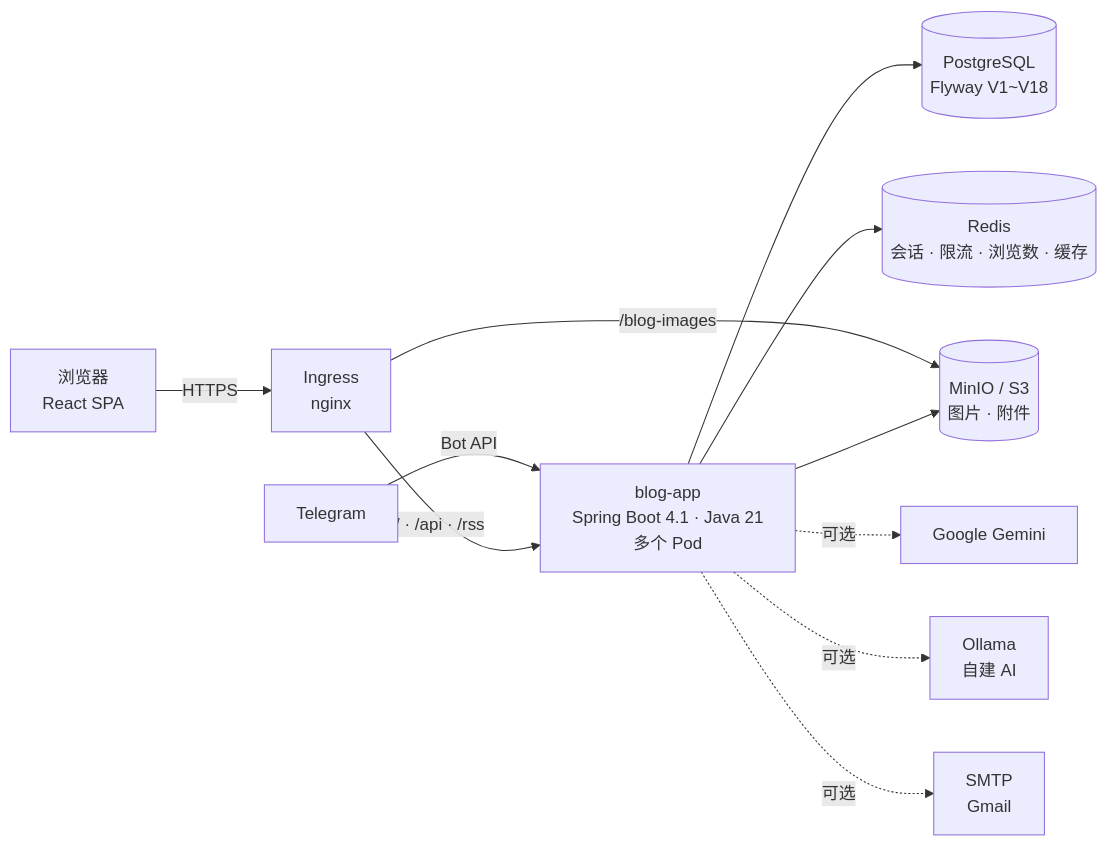
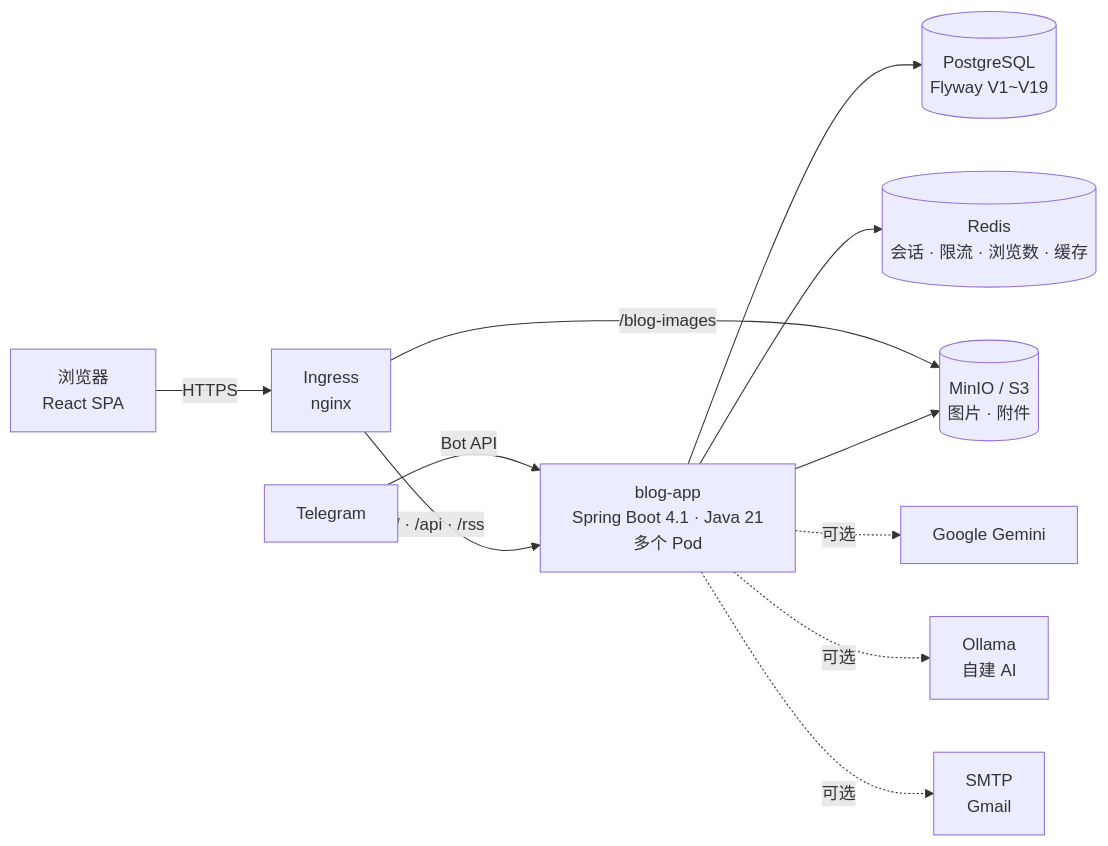
One commit to AIGJ-01-002-blog/Devlog changed the first of 3 diagrams in README.zh.md. Above: the diagram before and after it, drawn with Mermaid. The commit also changed other lines of this file and 14 other files, not shown here.

````diff
--- a/README.zh.md
+++ b/README.zh.md
@@ -150,13 +150,13 @@
 ```mermaid
 flowchart LR
     B[浏览器<br/>React SPA] -->|HTTPS| I[Ingress<br/>nginx]
     T[Telegram] -->|Bot API| A
     I -->|/ · /api · /rss| A[blog-app<br/>Spring Boot 4.1 · Java 21<br/>多个 Pod]
     I -->|/blog-images| M[(MinIO / S3<br/>图片 · 附件)]
-    A --> P[(PostgreSQL<br/>Flyway V1~V18)]
+    A --> P[(PostgreSQL<br/>Flyway V1~V19)]
     A --> R[(Redis<br/>会话 · 限流 · 浏览数 · 缓存)]
     A --> M
     A -.可选.-> G[Google Gemini]
     A -.可选.-> O[Ollama<br/>自建 AI]
     A -.可选.-> S[SMTP<br/>Gmail]
 ```
````
